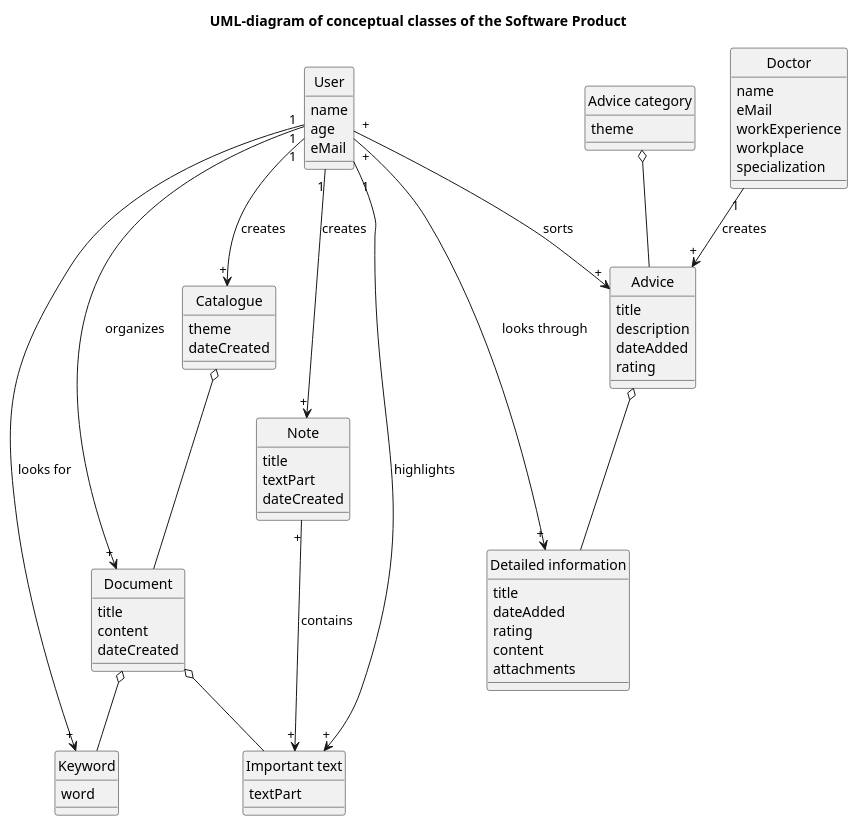
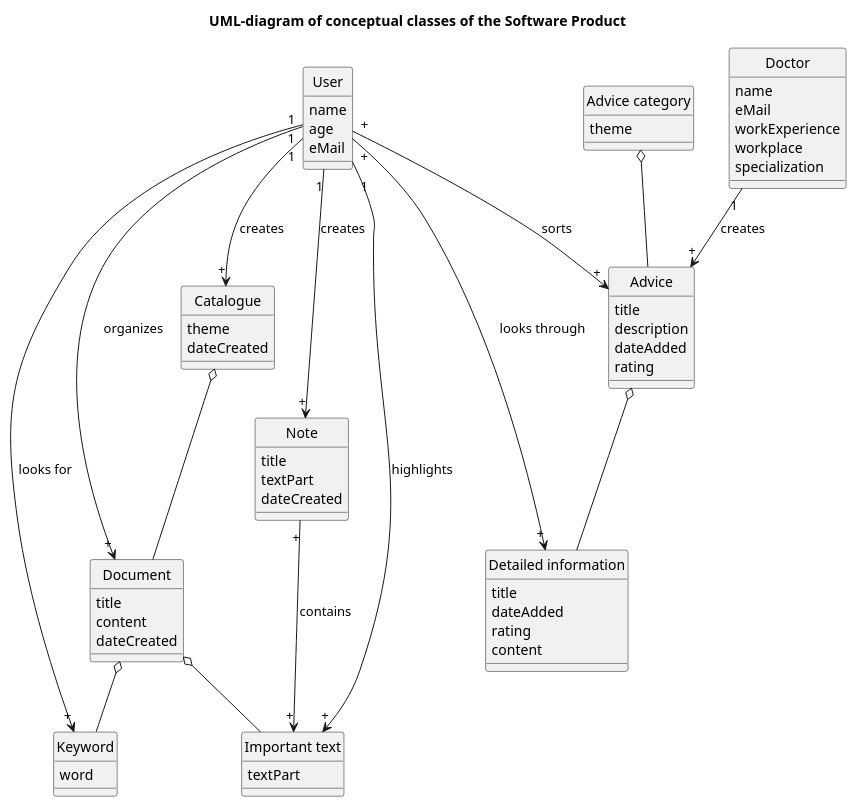
Before and after one commit to Wolly348/Additional-repository: the diagram in UML-ConceptClasses.puml, drawn with PlantUML.

```diff
--- a/UML-ConceptClasses.puml
+++ b/UML-ConceptClasses.puml
@@ -1,92 +1,91 @@
 @startuml
 
 hide circle
 title UML-diagram of conceptual classes of the Software Product
 
 Class User {
     name
     age
     eMail
 }
 
 Class Doctor {
     name
     eMail
     workExperience
     workplace
     specialization
 }
 
 Class Advice {
     title
     description
     dateAdded
     rating
 }
 
 Class "Advice category" {
     theme
 }
 
 Class "Detailed information" {
     title
     dateAdded
     rating
     content
-    attachments
 }
 
 Class Catalogue {
     theme
     dateCreated
 }
 
 Class Document {
     title
     content
     dateCreated
 }
 
 Class Keyword {
     word
 }
 
 Class "Important text" {
     textPart
 }
 
 Class Note {
     title
     textPart
     dateCreated
 }
 
 "Advice category" o-- Advice
 
 Advice o-- "Detailed information"
 
 Catalogue o-- Document
 
 Document o-- Keyword
 
 Document o-- "Important text"
 
 Doctor"1" --> "+"Advice : creates
 
 User"+" --> "+"Advice : sorts 
 
 User"+" --> "+""Detailed information" : looks through 
 
 User"1" --> "+"Catalogue : creates
 
 User"1" --> "+"Document : organizes
 
 User"1" --> "+"Keyword : looks for
 
 User"1" --> "+""Important text" : highlights
 
 User"1" --> "+"Note : creates
 
 Note"+" --> "+""Important text" : contains
 
 @enduml
```
